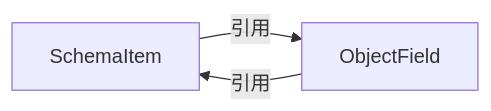
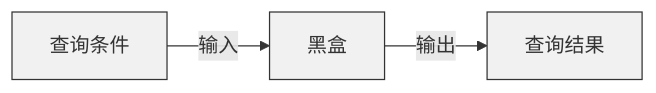
Before and after one commit to lijunlin2022/blog: the second of 16 diagrams in post/Graduation.md, drawn with Mermaid. The commit also changed other lines of this file and 35 other files, not shown here.

````diff
--- a/post/Graduation.md
+++ b/post/Graduation.md
@@ -784,5 +155,5 @@
 ```mermaid
 flowchart LR
-SchemaItem --引用--> ObjectField
-ObjectField --引用--> SchemaItem
+classDef default fill: #f1f1f1, stroke: #333, stroke-width: 1px
+查询条件 --输入--> 黑盒 --输出--> 查询结果
 ```
````
